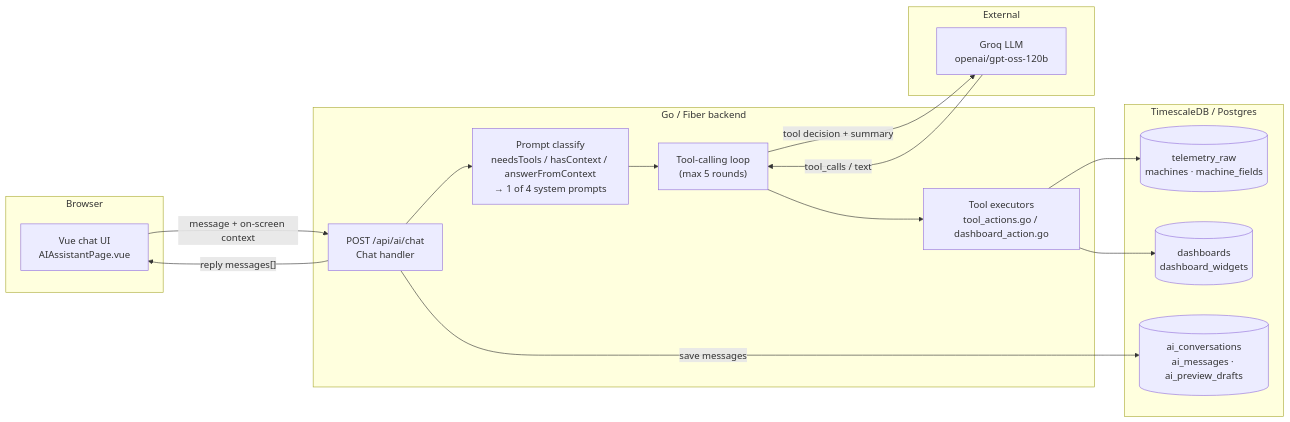
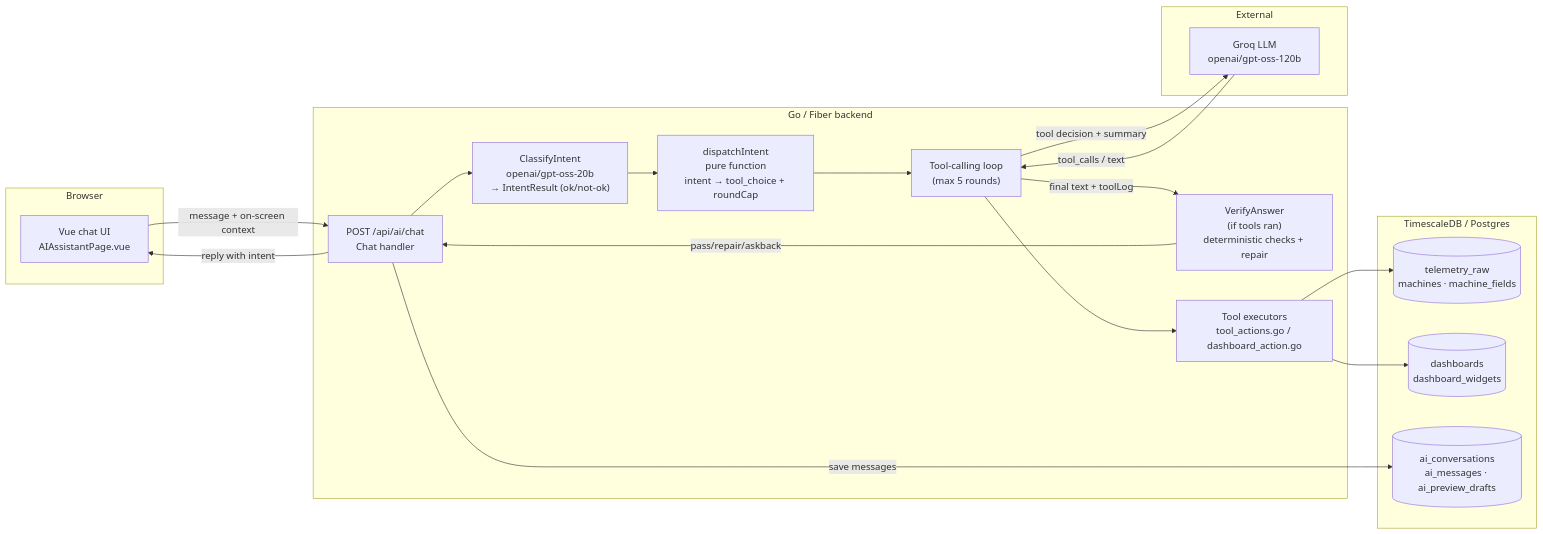
The first of 6 diagrams in docs/AI_ARCHITECTURE.md (pepegummo/Project-Dashboard), drawn with Mermaid before and after one commit. The commit also changed other lines of this file and 1 other file, not shown here.

First line of the commit message:
docs(ai): update for shipped router architecture (Phase 2-5)

````diff
--- a/docs/AI_ARCHITECTURE.md
+++ b/docs/AI_ARCHITECTURE.md
@@ -76,33 +76,37 @@
 ```mermaid
 flowchart LR
     subgraph Browser
         UI["Vue chat UI<br/>AIAssistantPage.vue"]
     end
 
     subgraph Backend["Go / Fiber backend"]
         CHAT["POST /api/ai/chat<br/>Chat handler"]
-        CLASS["Prompt classify<br/>needsTools / hasContext / answerFromContext<br/>→ 1 of 4 system prompts"]
+        ROUTER["ClassifyIntent<br/>openai/gpt-oss-20b<br/>→ IntentResult (ok/not-ok)"]
+        DISPATCH["dispatchIntent<br/>pure function<br/>intent → tool_choice + roundCap"]
         LOOP["Tool-calling loop<br/>(max 5 rounds)"]
+        VERIFY["VerifyAnswer<br/>(if tools ran)<br/>deterministic checks + repair"]
         TOOLS["Tool executors<br/>tool_actions.go / dashboard_action.go"]
     end
 
     subgraph External
-        GROQ["Groq LLM<br/>openai/gpt-oss-120b"]
+        MAIN["Groq LLM<br/>openai/gpt-oss-120b"]
     end
 
     subgraph Data["TimescaleDB / Postgres"]
         TEL[("telemetry_raw<br/>machines · machine_fields")]
         DASH[("dashboards<br/>dashboard_widgets")]
         HIST[("ai_conversations<br/>ai_messages · ai_preview_drafts")]
     end
 
     UI -- "message + on-screen context" --> CHAT
-    CHAT --> CLASS --> LOOP
-    LOOP -- "tool decision + summary" --> GROQ
-    GROQ -- "tool_calls / text" --> LOOP
+    CHAT --> ROUTER --> DISPATCH --> LOOP
+    LOOP -- "tool decision + summary" --> MAIN
+    MAIN -- "tool_calls / text" --> LOOP
     LOOP --> TOOLS
     TOOLS --> TEL
     TOOLS --> DASH
+    LOOP -- "final text + toolLog" --> VERIFY
+    VERIFY -- "pass/repair/askback" --> CHAT
     CHAT -- "save messages" --> HIST
-    CHAT -- "reply messages[]" --> UI
+    CHAT -- "reply with intent" --> UI
 ```
````
